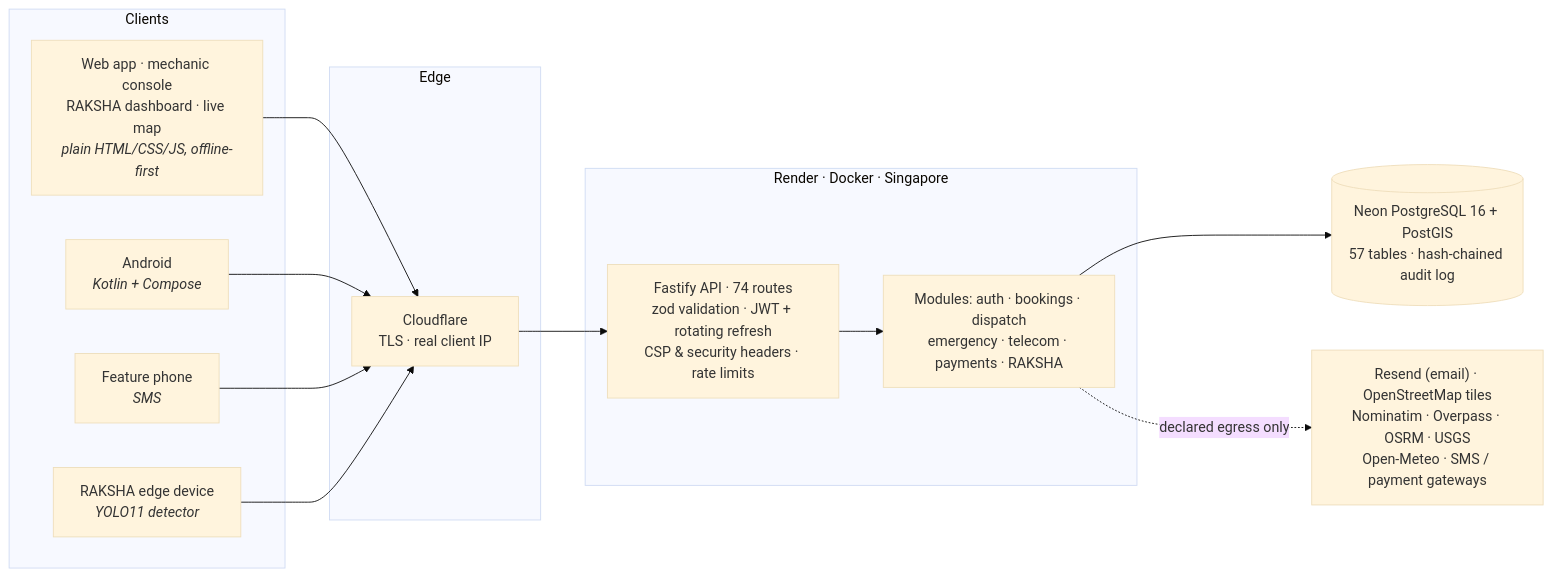
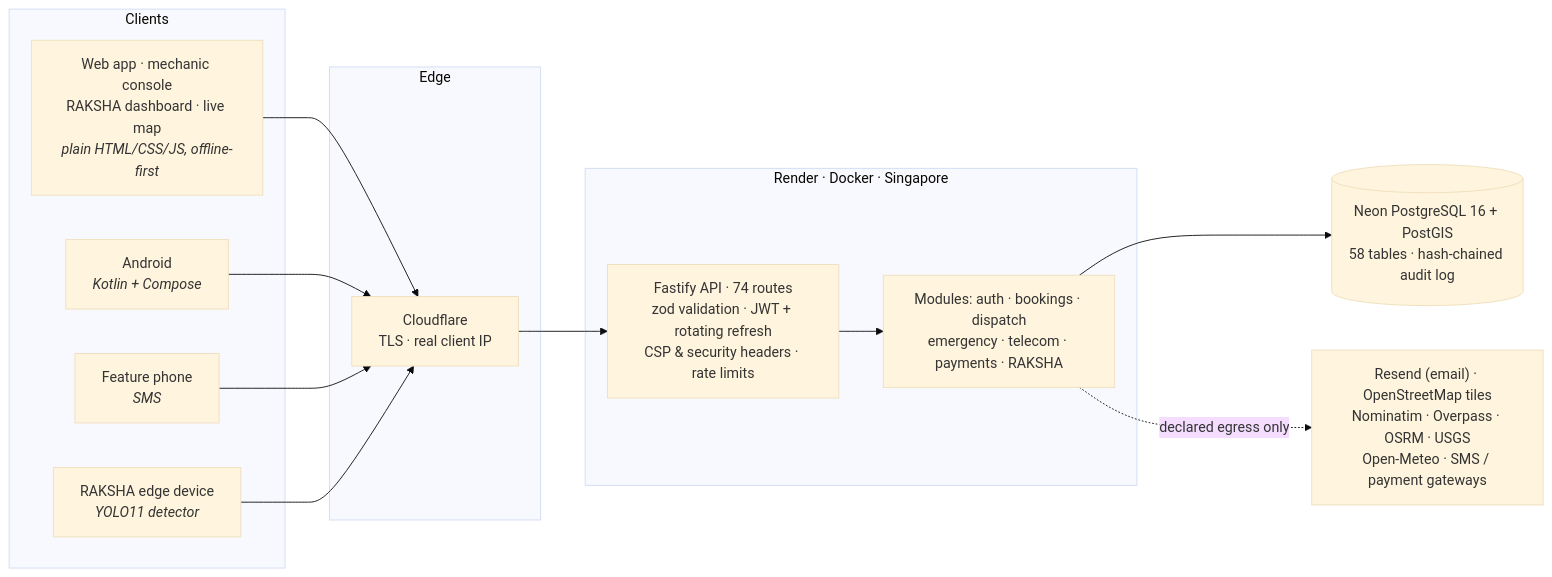
The diagram in README.md (saatwik-1157/roadassist-bharat), drawn with Mermaid (base theme) before and after one commit. The commit also changed other lines of this file and 70 other files, not shown here.

````diff
--- a/README.md
+++ b/README.md
@@ -187,26 +187,26 @@
 ```mermaid
 flowchart LR
   subgraph Clients
     W["Web app · mechanic console<br/>RAKSHA dashboard · live map<br/><i>plain HTML/CSS/JS, offline-first</i>"]
     A["Android<br/><i>Kotlin + Compose</i>"]
     F["Feature phone<br/><i>SMS</i>"]
     E["RAKSHA edge device<br/><i>YOLO11 detector</i>"]
   end
 
   subgraph Edge
     CF["Cloudflare<br/>TLS · real client IP"]
   end
 
   subgraph Render["Render · Docker · Singapore"]
     API["Fastify API · 74 routes<br/>zod validation · JWT + rotating refresh<br/>CSP & security headers · rate limits"]
     MOD["Modules: auth · bookings · dispatch<br/>emergency · telecom · payments · RAKSHA"]
     API --> MOD
   end
 
-  DB[("Neon PostgreSQL 16 + PostGIS<br/>57 tables · hash-chained audit log")]
+  DB[("Neon PostgreSQL 16 + PostGIS<br/>58 tables · hash-chained audit log")]
   X["Resend (email) · OpenStreetMap tiles<br/>Nominatim · Overpass · OSRM · USGS<br/>Open-Meteo · SMS / payment gateways"]
 
   W & A & F & E --> CF --> API
   MOD --> DB
   MOD -. declared egress only .-> X
 ```
````
